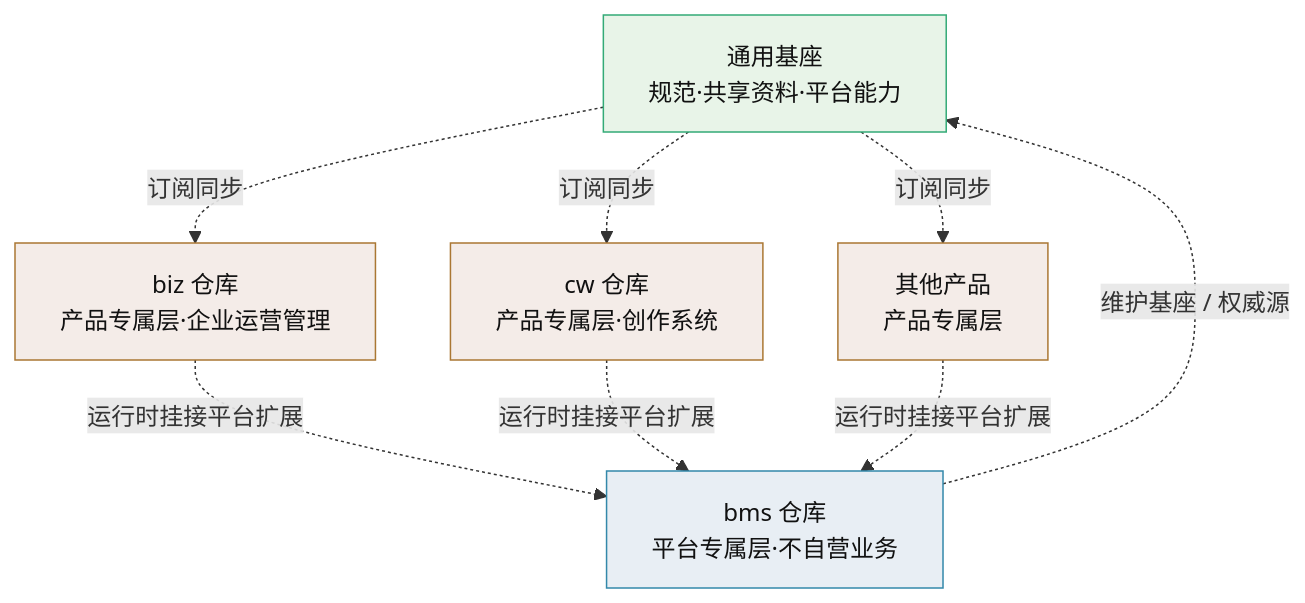
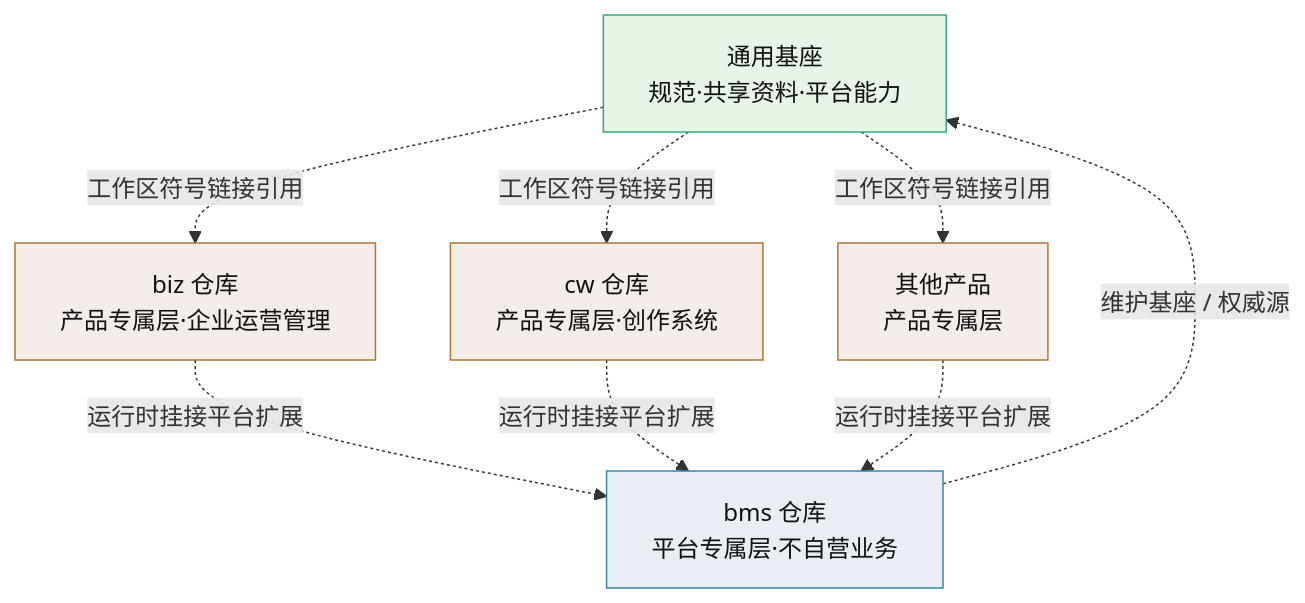
The diagram in 文档/规划/平台可扩展性规划.md (minjian123/basic-management-system), drawn with Mermaid before and after one commit. The commit also changed other lines of this file and 14 other files, not shown here.

````diff
--- a/文档/规划/平台可扩展性规划.md
+++ b/文档/规划/平台可扩展性规划.md
@@ -64,18 +64,18 @@
 ```mermaid
 flowchart TB
     BASE[通用基座<br/>规范·共享资料·平台能力]:::base
     PLAT[bms 仓库<br/>平台专属层·不自营业务]:::plat
     P1[biz 仓库<br/>产品专属层·企业运营管理]:::prod
     P2[cw 仓库<br/>产品专属层·创作系统]:::prod
     P3[其他产品<br/>产品专属层]:::prod
     PLAT -. "维护基座 / 权威源" .-> BASE
-    BASE -. "订阅同步" .-> P1
-    BASE -. "订阅同步" .-> P2
-    BASE -. "订阅同步" .-> P3
+    BASE -. "工作区符号链接引用" .-> P1
+    BASE -. "工作区符号链接引用" .-> P2
+    BASE -. "工作区符号链接引用" .-> P3
     P1 -. "运行时挂接平台扩展" .-> PLAT
     P2 -. "运行时挂接平台扩展" .-> PLAT
     P3 -. "运行时挂接平台扩展" .-> PLAT
     classDef base fill:#e8f4e8,stroke:#3a7,color:#111
     classDef plat fill:#e8eef4,stroke:#38a,color:#111
     classDef prod fill:#f4ece8,stroke:#a73,color:#111
 ```
````
